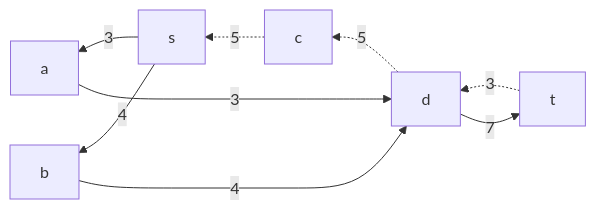
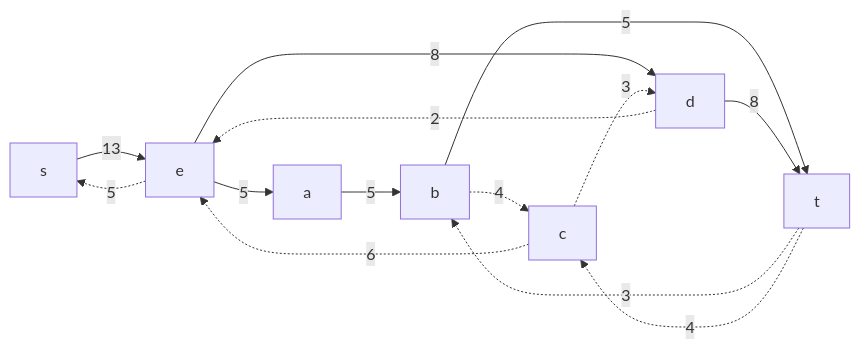
One commit to hse-algo-24-raven/manual-tasks-raven changed the third of 14 diagrams in task-10/pustobek.md. Above: the diagram before and after it, drawn with Mermaid. The commit also changed other lines of this file, not shown here.

````diff
--- a/task-10/pustobek.md
+++ b/task-10/pustobek.md
@@ -48,6 +48,16 @@
 ```mermaid
-graph RL
-    t-.->|3|d-.->|5|c-.->|5|s
-    s-->|3|a-->|3|d-->|7|t
-    s-->|4|b-->|4|d
+graph LR
+    s-->|13|e
+    e-.->|5|s
+    e-->|5|a
+    c-.->|6|e
+    d-.->|2|e
+    e-->|8|d
+    a-->|5|b
+    b-.->|4|c
+    c-.->|3|d
+    b-->|5|t
+    t-.->|3|b
+    t-.->|4|c
+    d-->|8|t
 ```
````
